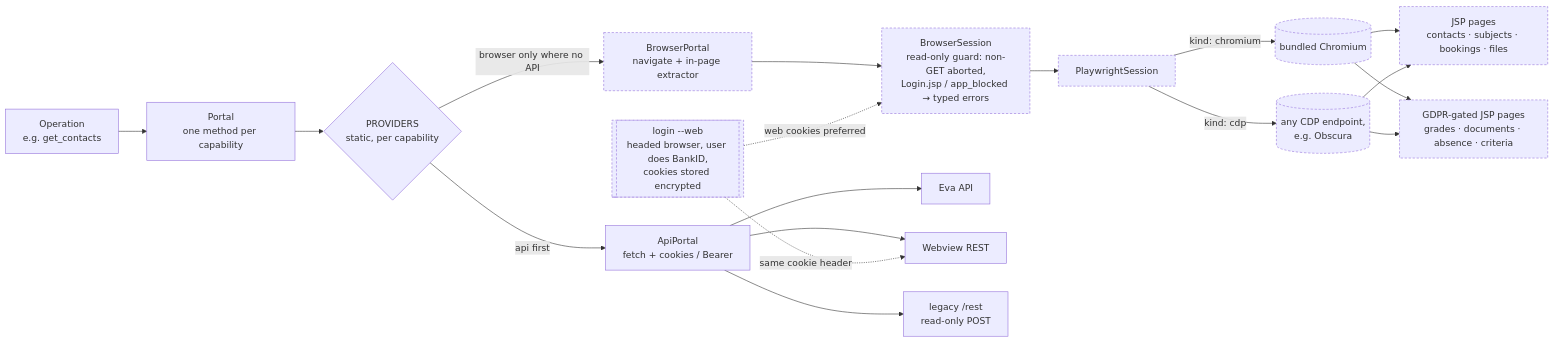
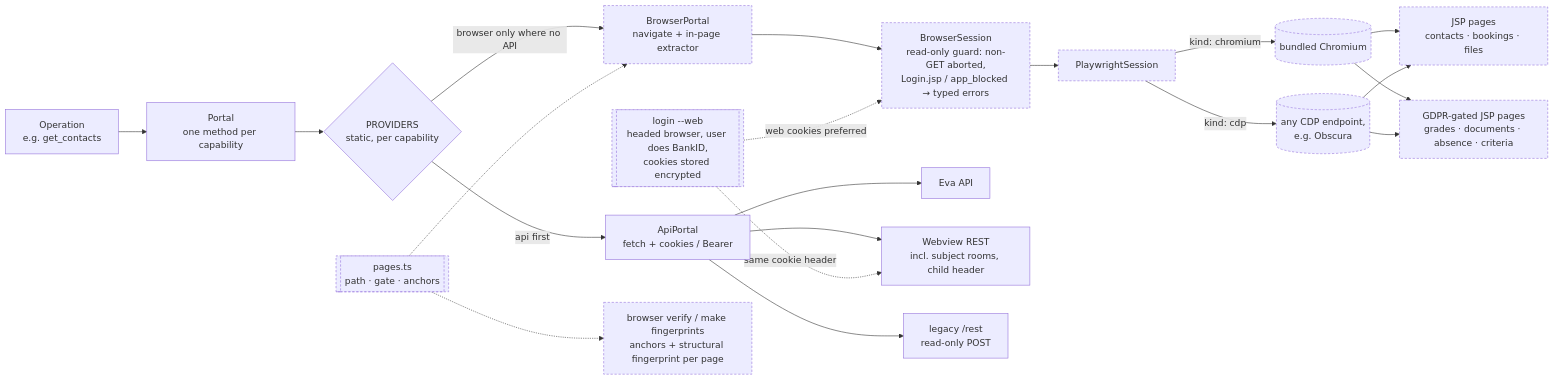
Before and after one commit to grimen/schoolsoft-agent: the diagram in docs/diagrams/src/portal-adapter.mmd, drawn with Mermaid. The commit also changed 12 other files, not shown here.

First line of the commit message:
docs: page contracts, browser verify and fingerprints; subject rooms via REST

```diff
--- a/docs/diagrams/src/portal-adapter.mmd
+++ b/docs/diagrams/src/portal-adapter.mmd
@@ -1,18 +1,20 @@
 flowchart LR
   OP[Operation<br/>e.g. get_contacts] --> PORTAL[Portal<br/>one method per capability]
   PORTAL --> PROV{PROVIDERS<br/>static, per capability}
   PROV -->|api first| API[ApiPortal<br/>fetch + cookies / Bearer]
   PROV -->|browser only where no API| BP[BrowserPortal<br/>navigate + in-page extractor]
   BP --> SESS[BrowserSession<br/>read-only guard: non-GET aborted,<br/>Login.jsp / app_blocked → typed errors]
   SESS --> PW[PlaywrightSession]
   PW -->|kind: chromium| CH[(bundled Chromium)]
   PW -->|kind: cdp| CDP[(any CDP endpoint,<br/>e.g. Obscura)]
   API --> EVA[Eva API]
-  API --> REST[Webview REST]
+  API --> REST[Webview REST<br/>incl. subject rooms, child header]
   API --> LEG[legacy /rest<br/>read-only POST]
-  CH & CDP --> JSP[JSP pages<br/>contacts · subjects · bookings · files]
+  CH & CDP --> JSP[JSP pages<br/>contacts · bookings · files]
   CH & CDP --> GATED[GDPR-gated JSP pages<br/>grades · documents · absence · criteria]
   WEB[[login --web<br/>headed browser, user does BankID,<br/>cookies stored encrypted]] -.->|web cookies preferred| SESS
   WEB -.->|same cookie header| REST
+  PAGESPEC[[pages.ts<br/>path · gate · anchors]] -.-> BP
+  PAGESPEC -.-> VERIFY[browser verify / make fingerprints<br/>anchors + structural fingerprint per page]
   classDef opt stroke-dasharray: 4 3
-  class PW,CH,CDP,JSP,GATED,BP,SESS,WEB opt
+  class PW,CH,CDP,JSP,GATED,BP,SESS,WEB,PAGESPEC,VERIFY opt
```
